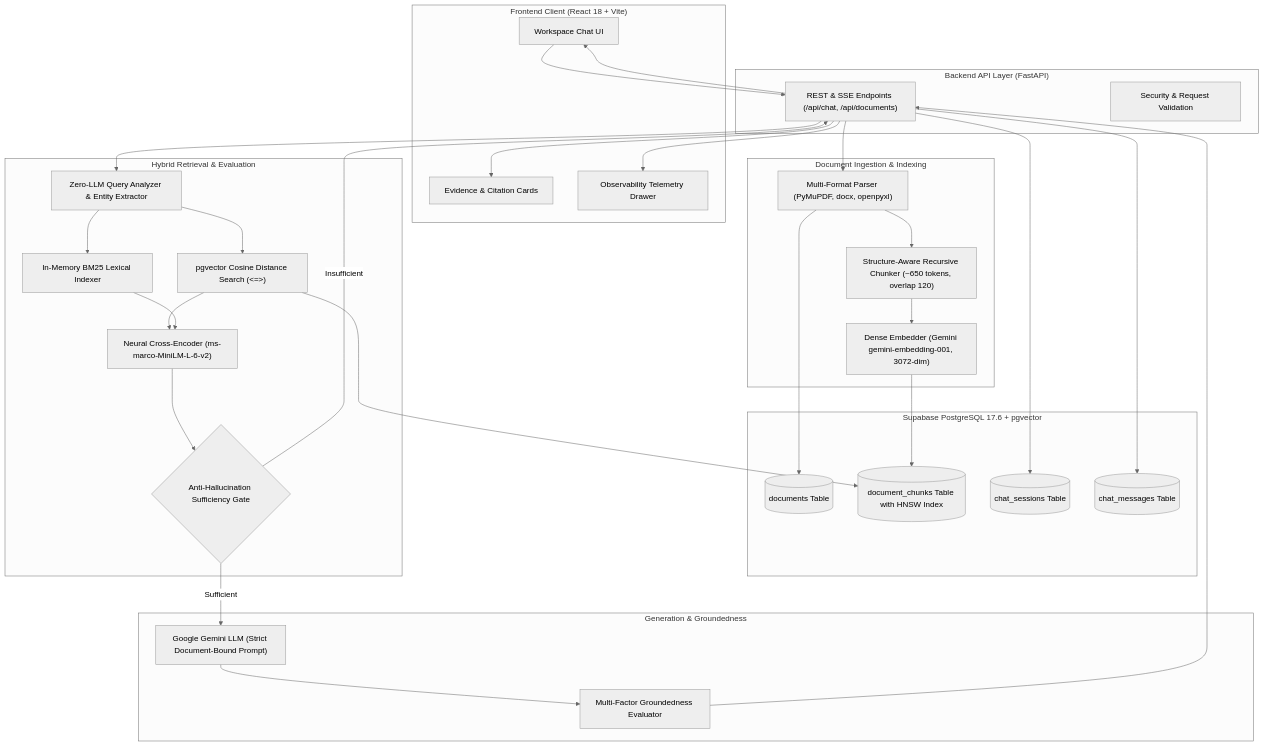
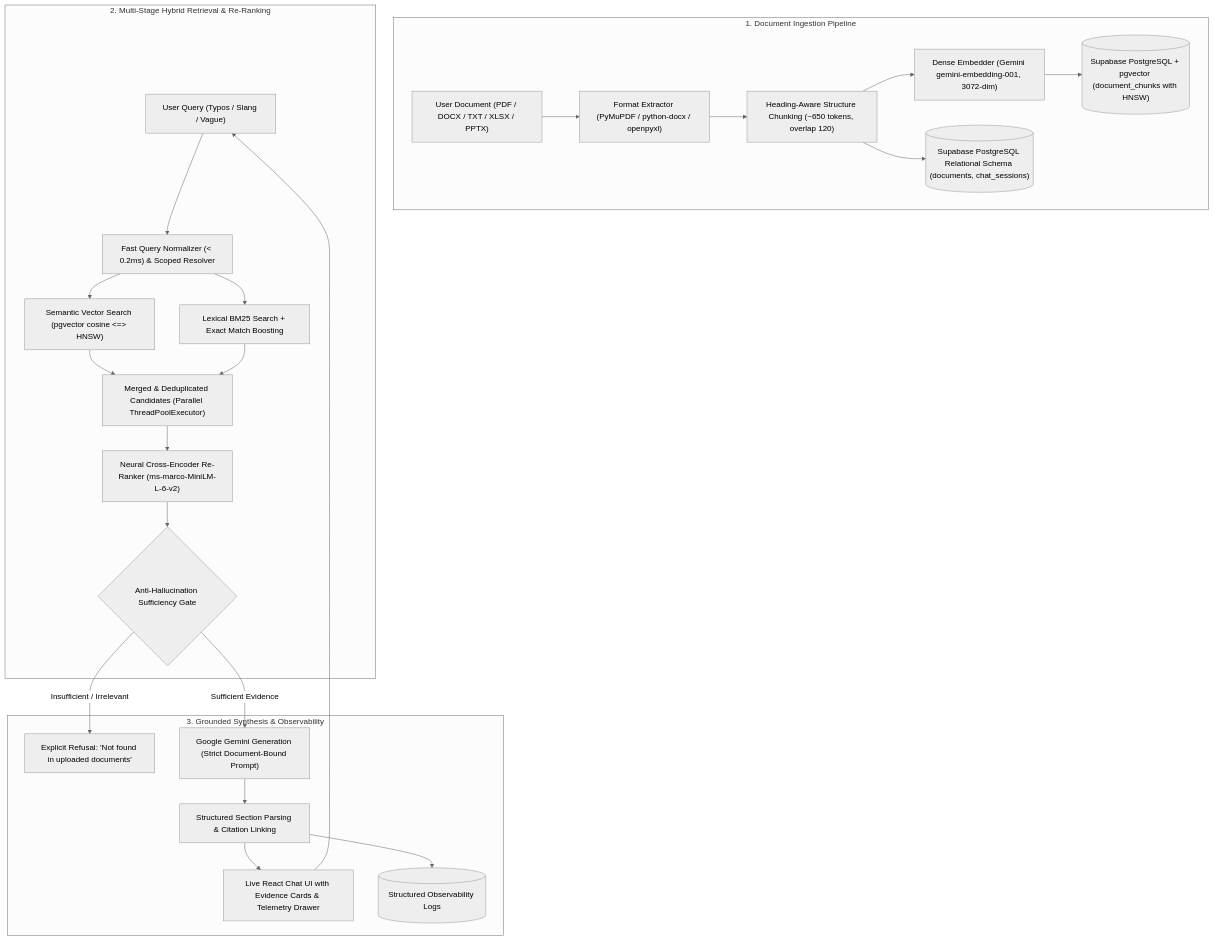
One commit to Prajwal6300/Documind-RAG-Platform changed the diagram in docs/architecture.md. Above: the diagram before and after it, drawn with Mermaid (neutral theme). The commit also changed other lines of this file and 4 other files, not shown here.

Commit message:
docs: update README, CHANGELOG, PRODUCTION_READINESS, and architecture docs to reflect current deployed state

````diff
--- a/docs/architecture.md
+++ b/docs/architecture.md
@@ -11,58 +41,29 @@
 ```mermaid
 graph TD
-    subgraph Client ["Frontend Client (React 18 + Vite)"]
-        UI["Workspace Chat UI"]
-        EV["Evidence & Citation Cards"]
-        TL["Observability Telemetry Drawer"]
+    subgraph Ingestion ["1. Document Ingestion Pipeline"]
+        A["User Document (PDF / DOCX / TXT / XLSX / PPTX)"] --> B["Format Extractor (PyMuPDF / python-docx / openpyxl)"]
+        B --> C["Heading-Aware Structure Chunking (~650 tokens, overlap 120)"]
+        C --> D["Dense Embedder (Gemini gemini-embedding-001, 3072-dim)"]
+        D --> E[("Supabase PostgreSQL + pgvector (document_chunks with HNSW)")]
+        C --> F[("Supabase PostgreSQL Relational Schema (documents, chat_sessions)")]
     end
 
-    subgraph API ["Backend API Layer (FastAPI)"]
-        RT["REST & SSE Endpoints (/api/chat, /api/documents)"]
-        Auth["Security & Request Validation"]
+    subgraph Retrieval ["2. Multi-Stage Hybrid Retrieval & Re-Ranking"]
+        Q["User Query (Typos / Slang / Vague)"] --> QN["Fast Query Normalizer (< 0.2ms) & Scoped Resolver"]
+        QN --> H1["Semantic Vector Search (pgvector cosine <=> HNSW)"]
+        QN --> H2["Lexical BM25 Search + Exact Match Boosting"]
+        H1 & H2 --> M["Merged & Deduplicated Candidates (Parallel ThreadPoolExecutor)"]
+        M --> RR["Neural Cross-Encoder Re-Ranker (ms-marco-MiniLM-L-6-v2)"]
+        RR --> SG{"Anti-Hallucination Sufficiency Gate"}
     end
 
-    subgraph Ingestion ["Document Ingestion & Indexing"]
-        Parser["Multi-Format Parser (PyMuPDF, docx, openpyxl)"]
-        Chunker["Structure-Aware Recursive Chunker (~650 tokens, overlap 120)"]
-        Embedder["Dense Embedder (Gemini gemini-embedding-001, 3072-dim)"]
+    subgraph Generation ["3. Grounded Synthesis & Observability"]
+        SG -- "Insufficient / Irrelevant" --> REF["Explicit Refusal: 'Not found in uploaded documents'"]
+        SG -- "Sufficient Evidence" --> LLM["Google Gemini Generation (Strict Document-Bound Prompt)"]
+        LLM --> CIT["Structured Section Parsing & Citation Linking"]
+        CIT --> UI["Live React Chat UI with Evidence Cards & Telemetry Drawer"]
+        CIT --> LOGS[("Structured Observability Logs")]
     end
 
-    subgraph Storage ["Supabase PostgreSQL 17.6 + pgvector"]
-        PGDocs[("documents Table")]
-        PGChunks[("document_chunks Table with HNSW Index")]
-        PGSessions[("chat_sessions Table")]
-        PGMessages[("chat_messages Table")]
-    end
-
-    subgraph Retrieval ["Hybrid Retrieval & Evaluation"]
-        QueryProc["Zero-LLM Query Analyzer & Entity Extractor"]
-        VecSearch["pgvector Cosine Distance Search (<=>)"]
-        LexSearch["In-Memory BM25 Lexical Indexer"]
-        Rerank["Neural Cross-Encoder (ms-marco-MiniLM-L-6-v2)"]
-        SuffCheck{"Anti-Hallucination Sufficiency Gate"}
-    end
-
-    subgraph LLM ["Generation & Groundedness"]
-        Gemini["Google Gemini LLM (Strict Document-Bound Prompt)"]
-        Groundedness["Multi-Factor Groundedness Evaluator"]
-    end
-
-    UI --> RT
-    RT --> Parser
-    Parser --> Chunker
-    Chunker --> Embedder
-    Embedder --> PGChunks
-    Parser --> PGDocs
-
-    RT --> QueryProc
-    QueryProc --> VecSearch & LexSearch
-    VecSearch --> PGChunks
-    VecSearch & LexSearch --> Rerank
-    Rerank --> SuffCheck
-    SuffCheck -- "Sufficient" --> Gemini
-    SuffCheck -- "Insufficient" --> RT
-    Gemini --> Groundedness
-    Groundedness --> RT
-    RT --> PGSessions & PGMessages
-    RT --> EV & TL & UI
+    UI --> Q
 ```
````
